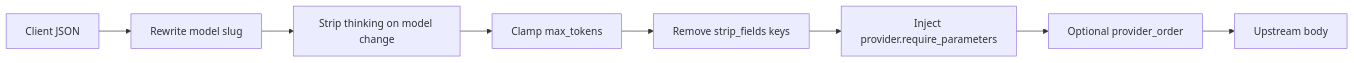
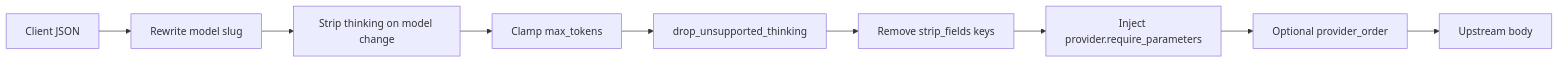
The second of 3 diagrams in docs/autoroute.md (ndolinschi/Octo), drawn with Mermaid before and after one commit. The commit also changed other lines of this file and 4 other files, not shown here.

````diff
--- a/docs/autoroute.md
+++ b/docs/autoroute.md
@@ -64,13 +66,14 @@
 ```mermaid
 flowchart LR
   body[Client JSON]
   model[Rewrite model slug]
   think[Strip thinking on model change]
   clamp[Clamp max_tokens]
+  drop[drop_unsupported_thinking]
   strip[Remove strip_fields keys]
   req[Inject provider.require_parameters]
   pin[Optional provider_order]
   out[Upstream body]
 
-  body --> model --> think --> clamp --> strip --> req --> pin --> out
+  body --> model --> think --> clamp --> drop --> strip --> req --> pin --> out
 ```
````
